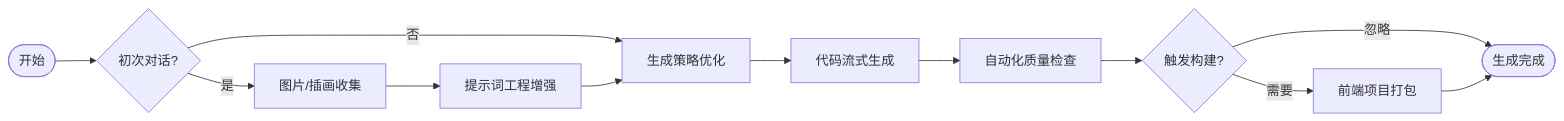
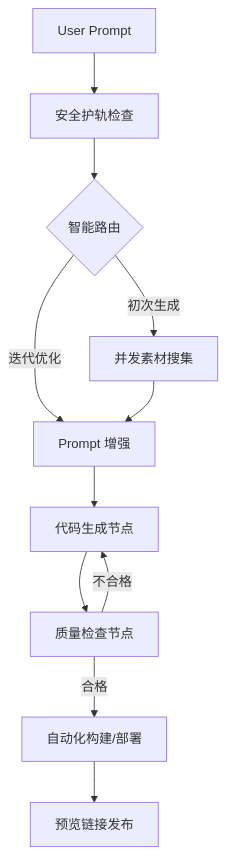
The diagram in README.md (qasax/NoCodePlatform), drawn with Mermaid before and after one commit. The commit also changed other lines of this file, not shown here.

````diff
--- a/README.md
+++ b/README.md
@@ -91,17 +55,13 @@
 ```mermaid
-flowchart LR
-    Start([开始]) --> Match{初次对话?}
-    Match -- 是 --> Pic[图片/插画收集]
-    Match -- 否 --> Route[生成策略优化]
-    
-    Pic --> Augment[提示词工程增强]
-    Augment --> Route
-    
-    Route --> Gen[代码流式生成]
-    Gen --> QA[自动化质量检查]
-    
-    QA --> Build{触发构建?}
-    Build -- 需要 --> Project[前端项目打包]
-    Build -- 忽略 --> End([生成完成])
-    Project --> End
+graph TD
+    Start[User Prompt] --> Guard[安全护轨检查]
+    Guard --> Router{智能路由}
+    Router -- 初次生成 --> Asset[并发素材搜集]
+    Router -- 迭代优化 --> Prompt[Prompt 增强]
+    Asset --> Prompt
+    Prompt --> CodeGen[代码生成节点]
+    CodeGen --> QA[质量检查节点]
+    QA -- 不合格 --> CodeGen
+    QA -- 合格 --> Build[自动化构建/部署]
+    Build --> End[预览链接发布]
 ```
````
